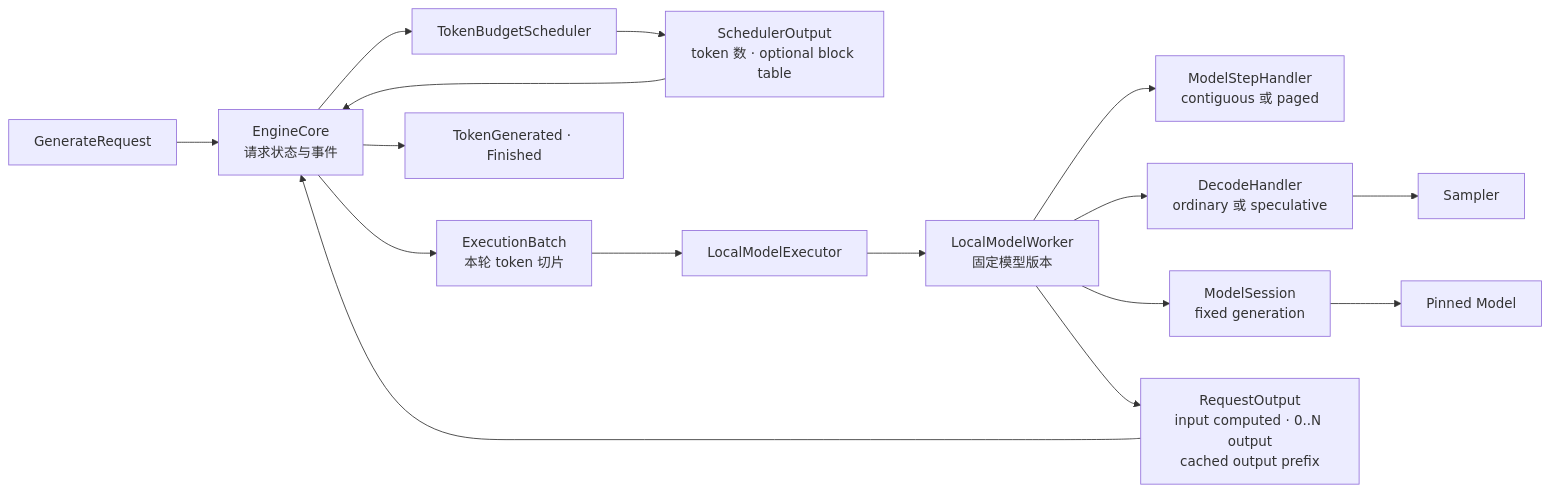
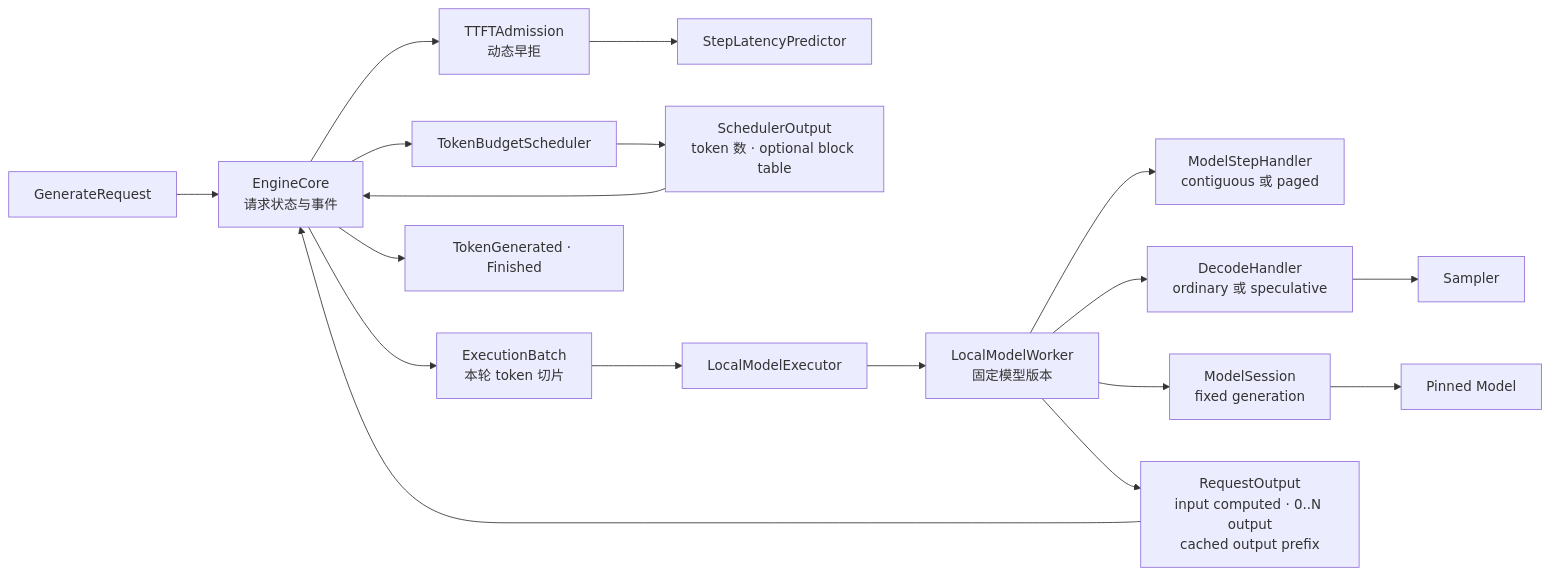
Before and after one commit to poorpaper/light-vllm: the first of 3 diagrams in docs/architecture.md, drawn with Mermaid. The commit also changed other lines of this file and 3 other files, not shown here.

````diff
--- a/docs/architecture.md
+++ b/docs/architecture.md
@@ -25,18 +25,20 @@
 ```mermaid
 flowchart LR
     Request["GenerateRequest"] --> Core["EngineCore<br/>请求状态与事件"]
+    Core --> TTFT["TTFTAdmission<br/>动态早拒"]
+    TTFT --> Predictor["StepLatencyPredictor"]
     Core --> Scheduler["TokenBudgetScheduler"]
     Scheduler --> Plan["SchedulerOutput<br/>token 数 · optional block table"]
     Plan --> Core
     Core --> Batch["ExecutionBatch<br/>本轮 token 切片"]
     Batch --> Executor["LocalModelExecutor"]
     Executor --> Worker["LocalModelWorker<br/>固定模型版本"]
     Worker --> Step["ModelStepHandler<br/>contiguous 或 paged"]
     Worker --> Decode["DecodeHandler<br/>ordinary 或 speculative"]
     Worker --> Session["ModelSession<br/>fixed generation"]
     Session --> Model["Pinned Model"]
     Decode --> Sampler["Sampler"]
     Worker --> Output["RequestOutput<br/>input computed · 0..N output<br/>cached output prefix"]
     Output --> Core
     Core --> Events["TokenGenerated · Finished"]
 ```
````
